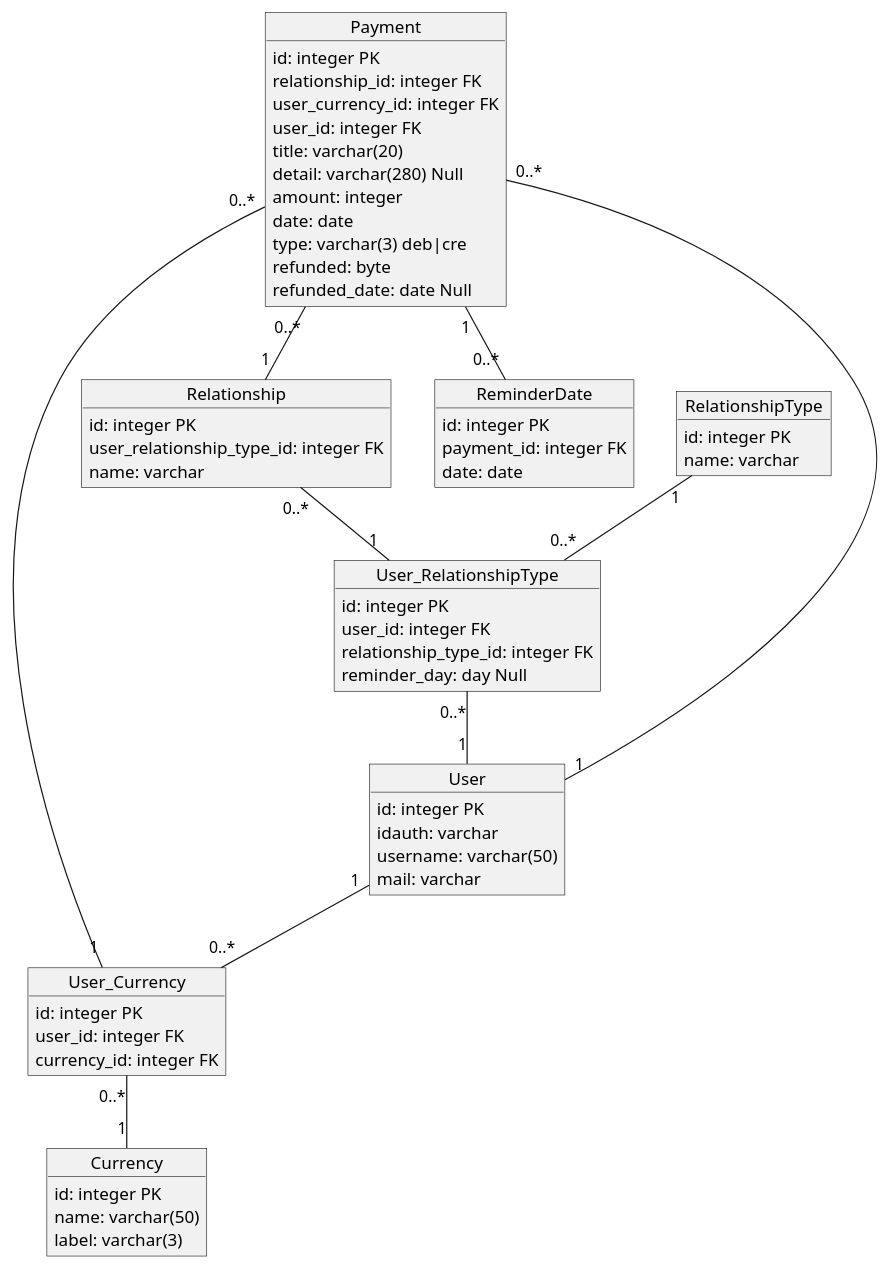
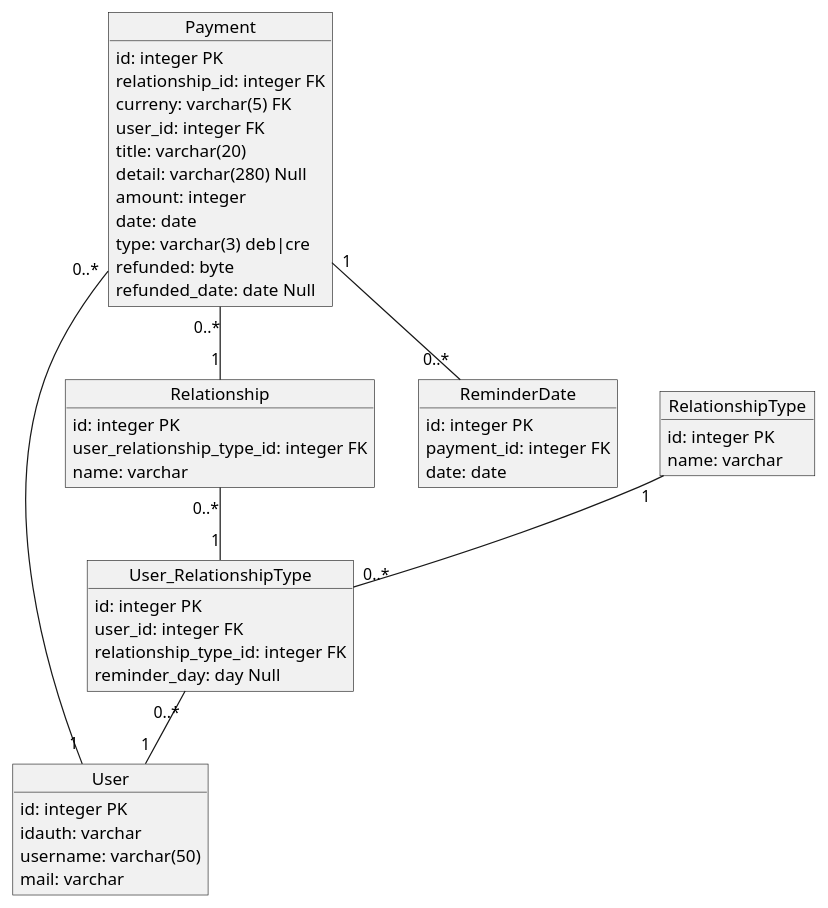
One commit to kingdomflo/M-A-R-X_Backend changed the diagram in plantUml/class.puml. Above: the diagram before and after it, drawn with PlantUML. The commit also changed 5 other files, not shown here.

```diff
--- a/plantUml/class.puml
+++ b/plantUml/class.puml
@@ -1,68 +1,53 @@
 @startuml class
 object User {
   id: integer PK
   idauth: varchar
   username: varchar(50)
   mail: varchar
 }
 
 object Relationship {
   id: integer PK
   user_relationship_type_id: integer FK
   name: varchar
 }
 
 object RelationshipType {
   id: integer PK
   name: varchar
 }
 
 object User_RelationshipType {
   id: integer PK
   user_id: integer FK
   relationship_type_id: integer FK
   reminder_day: day Null
 }
 
-object Currency {
-  id: integer PK
-  name: varchar(50)
-  label: varchar(3)
-}
-
-object User_Currency {
-  id: integer PK
-  user_id: integer FK
-  currency_id: integer FK
-}
-
 object Payment {
   id: integer PK
   relationship_id: integer FK
-  user_currency_id: integer FK
+  curreny: varchar(5) FK
   user_id: integer FK
   title: varchar(20)
   detail: varchar(280) Null
   amount: integer
   date: date
   type: varchar(3) deb|cre
   refunded: byte
   refunded_date: date Null
 }
 
 object ReminderDate {
   id: integer PK
   payment_id: integer FK
   date: date
 }
 
 Relationship "0..*" -- "1" User_RelationshipType
 RelationshipType "1" -- "0..*" User_RelationshipType
 User_RelationshipType "0..*" -- "1" User
-User_Currency "0..*" -- "1" Currency
-User "1" -- "0..*" User_Currency
 Payment "0..*" -- "1" Relationship
 Payment "0..*" -- "1" User
-Payment "0..*" -- "1" User_Currency
 Payment "1" -- "0..*" ReminderDate
 @enduml
```
